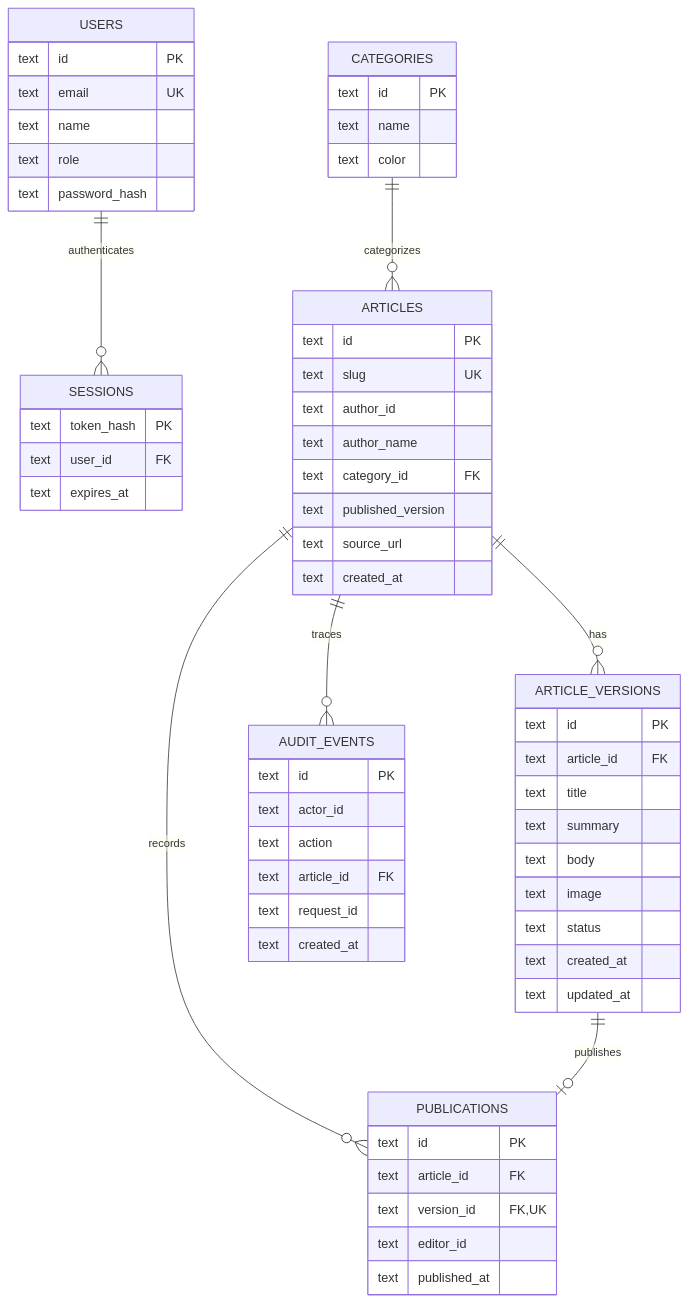
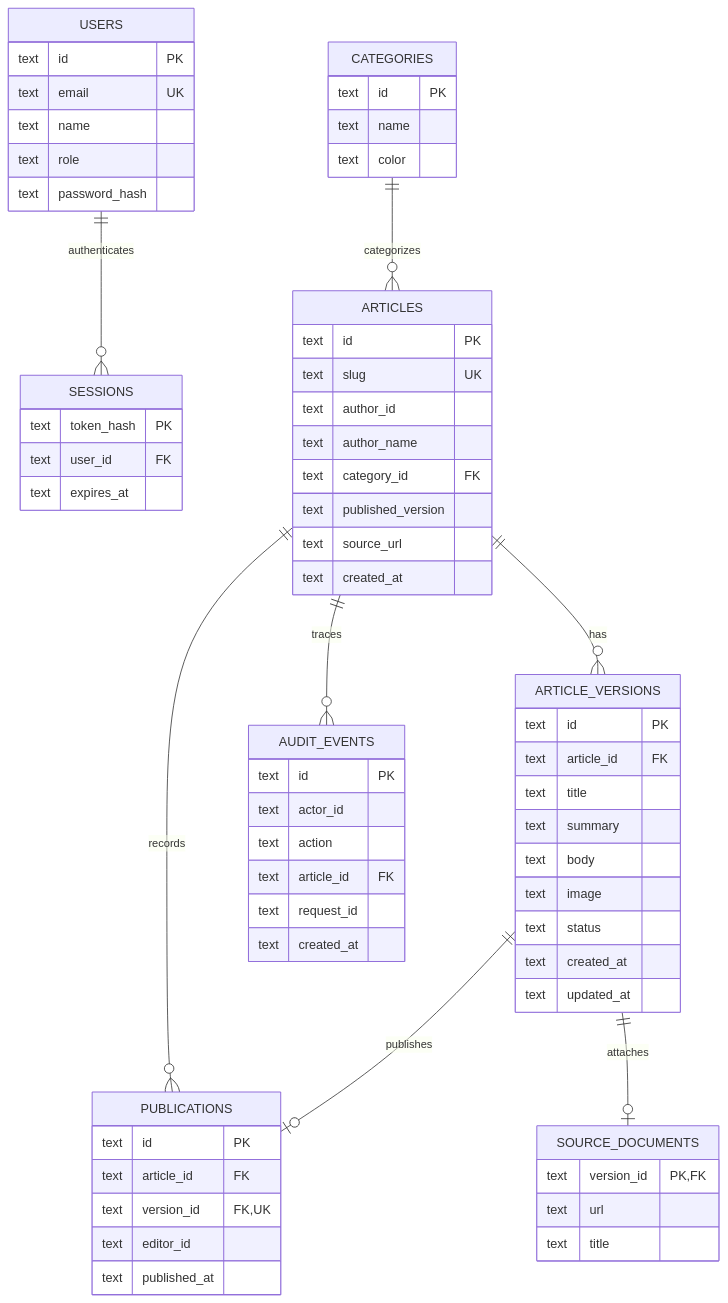
The diagram in database/README.md (graperu/campus-news-and-announcements-website), drawn with Mermaid before and after one commit. The commit also changed other lines of this file and 20 other files, not shown here.

Commit message:
fix: restore source-backed article content and original PDF links

````diff
--- a/database/README.md
+++ b/database/README.md
@@ -7,62 +7,68 @@
 ```mermaid
 erDiagram
     USERS ||--o{ SESSIONS : authenticates
     CATEGORIES ||--o{ ARTICLES : categorizes
     ARTICLES ||--o{ ARTICLE_VERSIONS : has
     ARTICLES ||--o{ PUBLICATIONS : records
     ARTICLE_VERSIONS ||--o| PUBLICATIONS : publishes
+    ARTICLE_VERSIONS ||--o| SOURCE_DOCUMENTS : attaches
     ARTICLES ||--o{ AUDIT_EVENTS : traces
     USERS {
         text id PK
         text email UK
         text name
         text role
         text password_hash
     }
     SESSIONS {
         text token_hash PK
         text user_id FK
         text expires_at
     }
     CATEGORIES {
         text id PK
         text name
         text color
     }
     ARTICLES {
         text id PK
         text slug UK
         text author_id
         text author_name
         text category_id FK
         text published_version
         text source_url
         text created_at
     }
     ARTICLE_VERSIONS {
         text id PK
         text article_id FK
         text title
         text summary
         text body
         text image
         text status
         text created_at
         text updated_at
     }
     PUBLICATIONS {
         text id PK
         text article_id FK
         text version_id FK,UK
         text editor_id
         text published_at
     }
+    SOURCE_DOCUMENTS {
+        text version_id PK,FK
+        text url
+        text title
+    }
     AUDIT_EVENTS {
         text id PK
         text actor_id
         text action
         text article_id FK
         text request_id
         text created_at
     }
 ```
````
